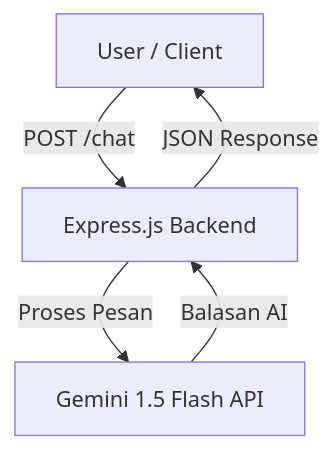
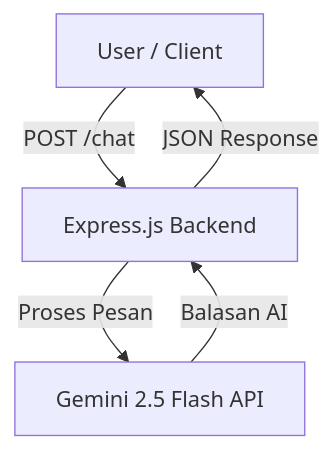
Before and after one commit to ekawipa/ekagemini-chatbot-api: the diagram in README.md, drawn with Mermaid. The commit also changed other lines of this file, not shown here.

````diff
--- a/README.md
+++ b/README.md
@@ -119,7 +118,7 @@
 ```mermaid
 flowchart TD
     A[User / Client] -->|POST /chat| B[Express.js Backend]
-    B -->|Proses Pesan| C[Gemini 1.5 Flash API]
+    B -->|Proses Pesan| C[Gemini 2.5 Flash API]
     C -->|Balasan AI| B
     B -->|JSON Response| A
 ```
````
